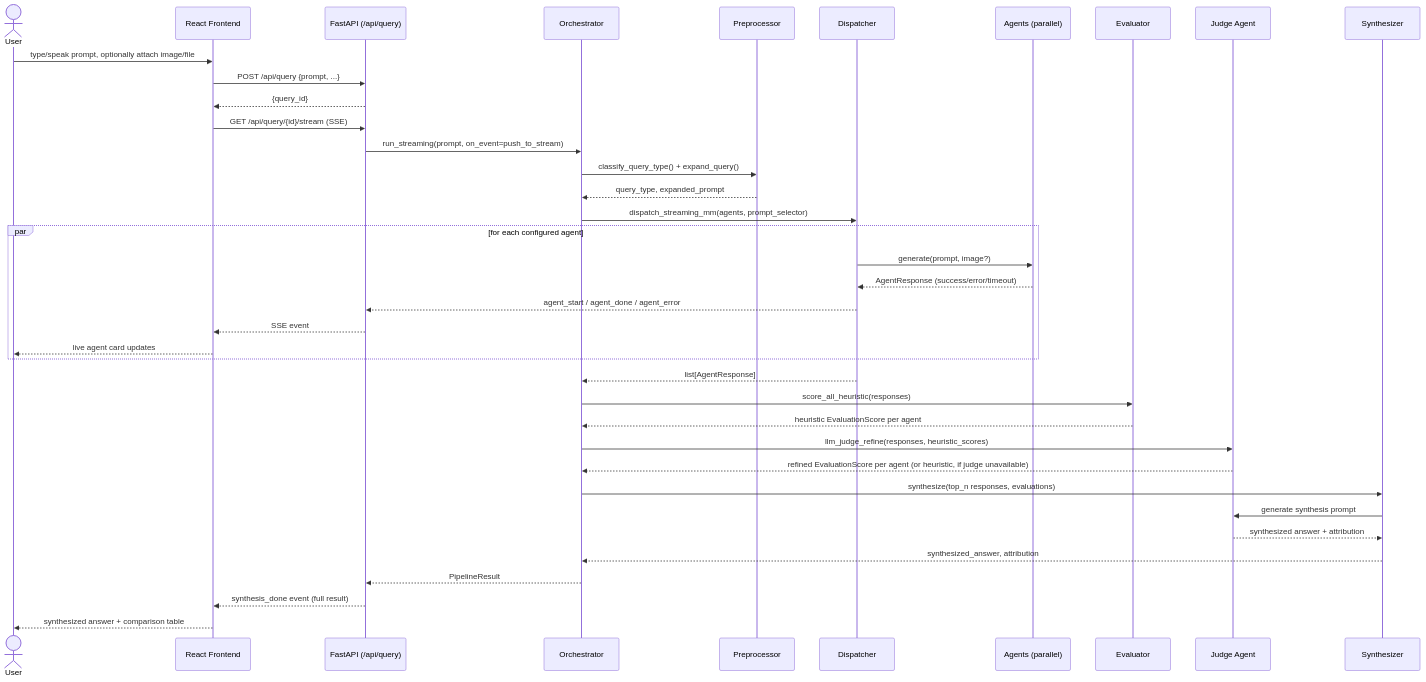
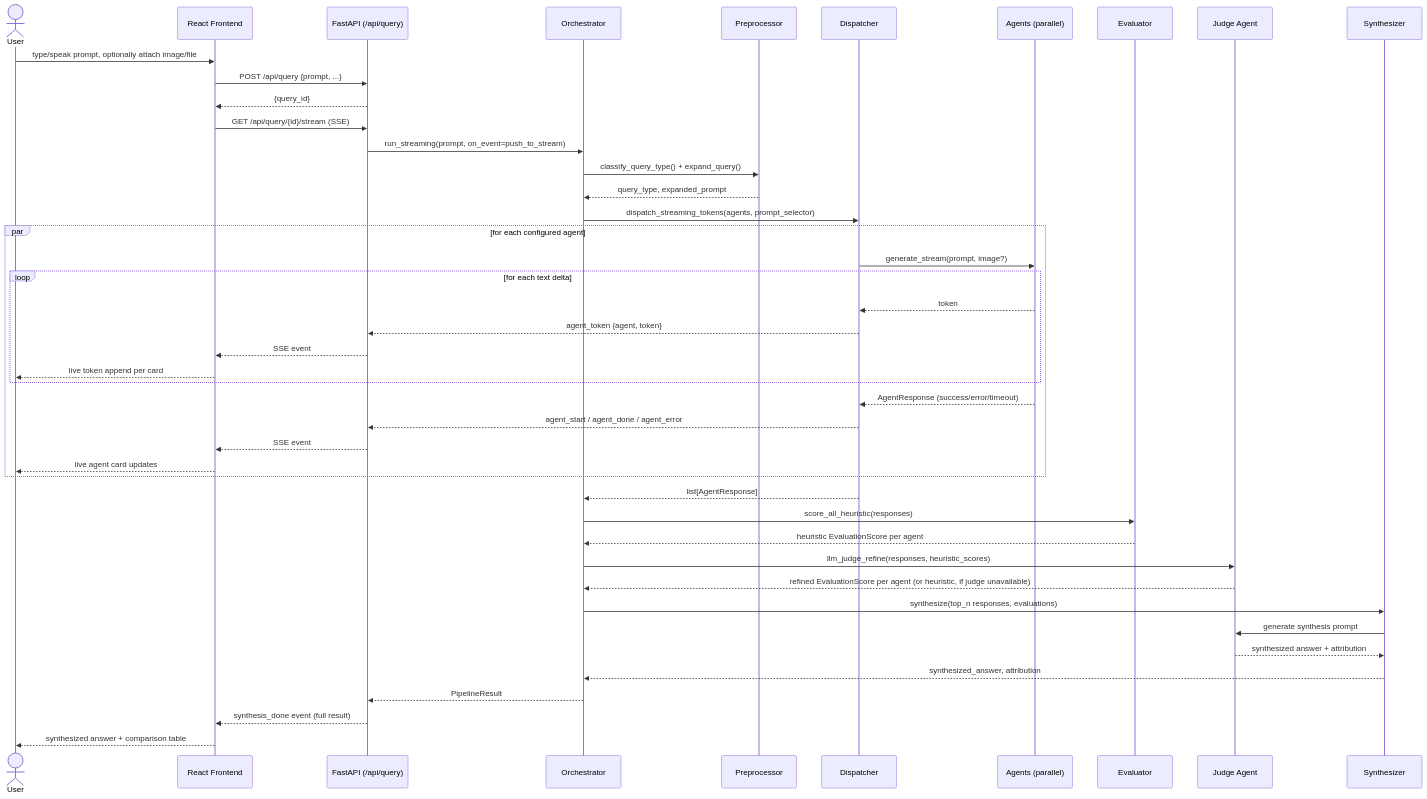
Before and after one commit to kamil-ctr/multi-agent-orchestrator: the diagram in docs/ARCHITECTURE.md, drawn with Mermaid. The commit also changed 19 other files, not shown here.

````diff
--- a/docs/ARCHITECTURE.md
+++ b/docs/ARCHITECTURE.md
@@ -15,46 +15,52 @@
 ```mermaid
 sequenceDiagram
     actor User
     participant FE as React Frontend
     participant API as FastAPI (/api/query)
     participant O as Orchestrator
     participant P as Preprocessor
     participant D as Dispatcher
     participant Agents as Agents (parallel)
     participant E as Evaluator
     participant J as Judge Agent
     participant S as Synthesizer
 
     User->>FE: type/speak prompt, optionally attach image/file
     FE->>API: POST /api/query {prompt, ...}
     API-->>FE: {query_id}
     FE->>API: GET /api/query/{id}/stream (SSE)
     API->>O: run_streaming(prompt, on_event=push_to_stream)
 
     O->>P: classify_query_type() + expand_query()
     P-->>O: query_type, expanded_prompt
 
-    O->>D: dispatch_streaming_mm(agents, prompt_selector)
+    O->>D: dispatch_streaming_tokens(agents, prompt_selector)
     par for each configured agent
-        D->>Agents: generate(prompt, image?)
+        D->>Agents: generate_stream(prompt, image?)
+        loop for each text delta
+            Agents-->>D: token
+            D-->>API: agent_token {agent, token}
+            API-->>FE: SSE event
+            FE-->>User: live token append per card
+        end
         Agents-->>D: AgentResponse (success/error/timeout)
         D-->>API: agent_start / agent_done / agent_error
         API-->>FE: SSE event
         FE-->>User: live agent card updates
     end
 
     D-->>O: list[AgentResponse]
     O->>E: score_all_heuristic(responses)
     E-->>O: heuristic EvaluationScore per agent
     O->>J: llm_judge_refine(responses, heuristic_scores)
     J-->>O: refined EvaluationScore per agent (or heuristic, if judge unavailable)
 
     O->>S: synthesize(top_n responses, evaluations)
     S->>J: generate synthesis prompt
     J-->>S: synthesized answer + attribution
     S-->>O: synthesized_answer, attribution
 
     O-->>API: PipelineResult
     API-->>FE: synthesis_done event (full result)
     FE-->>User: synthesized answer + comparison table
 ```
````
